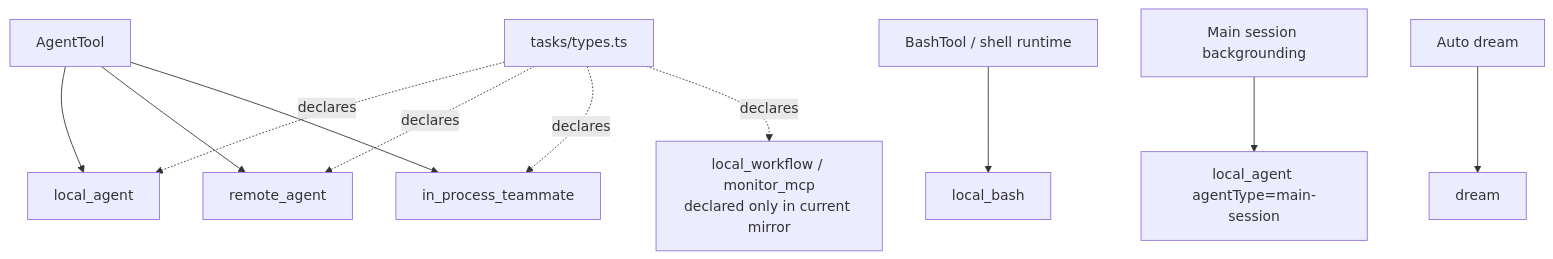
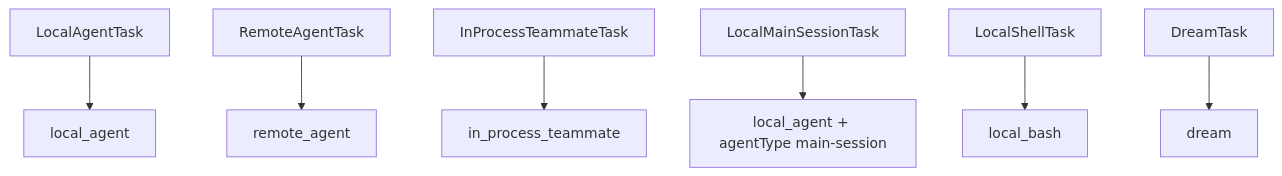
One commit to Boulea7/ClaudeCode-Source-DeepDive changed the second of 2 diagrams in MODULES/01-agent-loop-and-teams/DEEP/README.md. Above: the diagram before and after it, drawn with Mermaid. The commit also changed other lines of this file and 92 other files, not shown here.

````diff
--- a/MODULES/01-agent-loop-and-teams/DEEP/README.md
+++ b/MODULES/01-agent-loop-and-teams/DEEP/README.md
@@ -273,13 +132,9 @@
 ```mermaid
 flowchart TD
-    A[AgentTool] --> B[local_agent]
-    A --> C[remote_agent]
-    A --> D[in_process_teammate]
-    E[BashTool / shell runtime] --> F[local_bash]
-    G[Main session backgrounding] --> H[local_agent agentType=main-session]
-    I[Auto dream] --> J[dream]
-    K[tasks/types.ts] -.declares.-> B
-    K -.declares.-> C
-    K -.declares.-> D
-    K -.declares.-> L[local_workflow / monitor_mcp<br/>declared only in current mirror]
+    A[LocalAgentTask] --> B[local_agent]
+    C[RemoteAgentTask] --> D[remote_agent]
+    E[InProcessTeammateTask] --> F[in_process_teammate]
+    G[LocalMainSessionTask] --> H[local_agent + agentType main-session]
+    I[LocalShellTask] --> J[local_bash]
+    K[DreamTask] --> L[dream]
 ```
````
